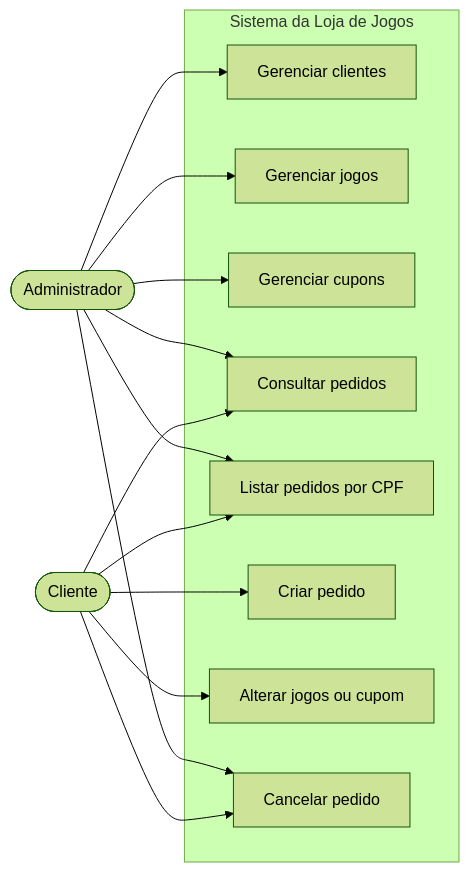
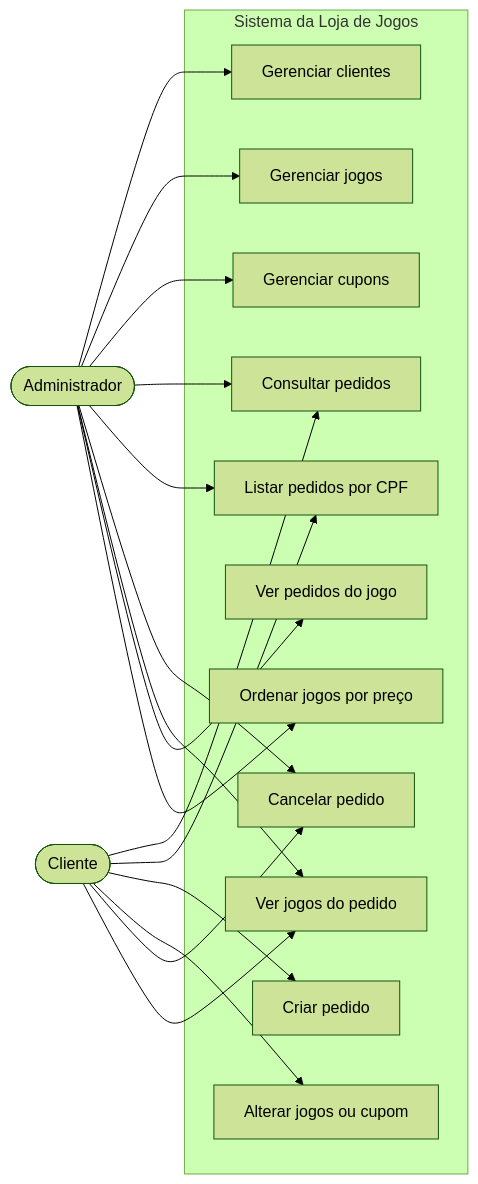
One commit to Pocam03/Aeds3- changed the first of 2 diagrams in README.md. Above: the diagram before and after it, drawn with Mermaid (forest theme). The commit also changed other lines of this file and 10 other files, not shown here.

````diff
--- a/README.md
+++ b/README.md
@@ -65,29 +71,36 @@
 ```mermaid
 flowchart LR
     admin([Administrador])
     cliente([Cliente])
 
     subgraph sistema[Sistema da Loja de Jogos]
         uc1[Gerenciar clientes]
         uc2[Gerenciar jogos]
         uc3[Gerenciar cupons]
         uc4[Consultar pedidos]
         uc5[Listar pedidos por CPF]
         uc6[Criar pedido]
         uc7[Alterar jogos ou cupom]
         uc8[Cancelar pedido]
+        uc9[Ver jogos do pedido]
+        uc10[Ver pedidos do jogo]
+        uc11[Ordenar jogos por preço]
     end
 
     admin --> uc1
     admin --> uc2
     admin --> uc3
     admin --> uc4
     admin --> uc5
     admin --> uc8
+    admin --> uc9
+    admin --> uc10
+    admin --> uc11
 
     cliente --> uc4
     cliente --> uc5
     cliente --> uc6
     cliente --> uc7
     cliente --> uc8
+    cliente --> uc9
 ```
````
